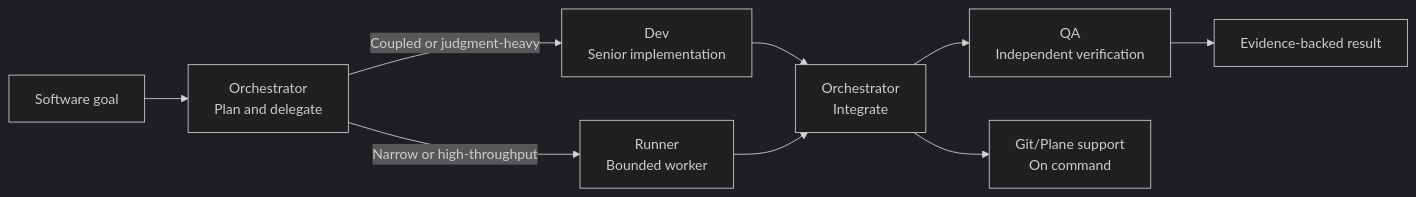
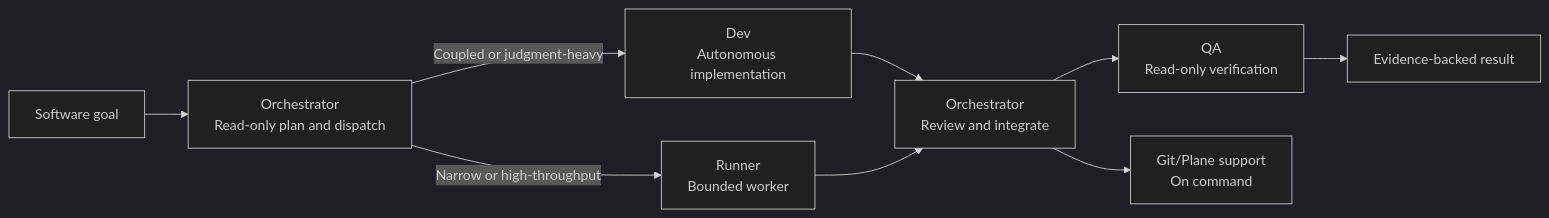
The diagram in README.md (xkritti/polyloom), drawn with Mermaid (dark theme) before and after one commit. The commit also changed other lines of this file and 55 other files, not shown here.

````diff
--- a/README.md
+++ b/README.md
@@ -93,11 +106,11 @@
 ```mermaid
 flowchart LR
-    G["Software goal"] --> L["Orchestrator<br/>Plan and delegate"]
-    L -->|"Coupled or judgment-heavy"| B["Dev<br/>Senior implementation"]
-    L -->|"Narrow or high-throughput"| R["Runner<br/>Bounded worker"]
-    B --> I["Orchestrator<br/>Integrate"]
+    G["Software goal"] --> O["Orchestrator<br/>Read-only plan and dispatch"]
+    O -->|"Coupled or judgment-heavy"| D["Dev<br/>Autonomous implementation"]
+    O -->|"Narrow or high-throughput"| R["Runner<br/>Bounded worker"]
+    D --> I["Orchestrator<br/>Review and integrate"]
     R --> I
-    I --> Q["QA<br/>Independent verification"]
+    I --> Q["QA<br/>Read-only verification"]
     I --> S["Git/Plane support<br/>On command"]
     Q --> E["Evidence-backed result"]
 ```
````
